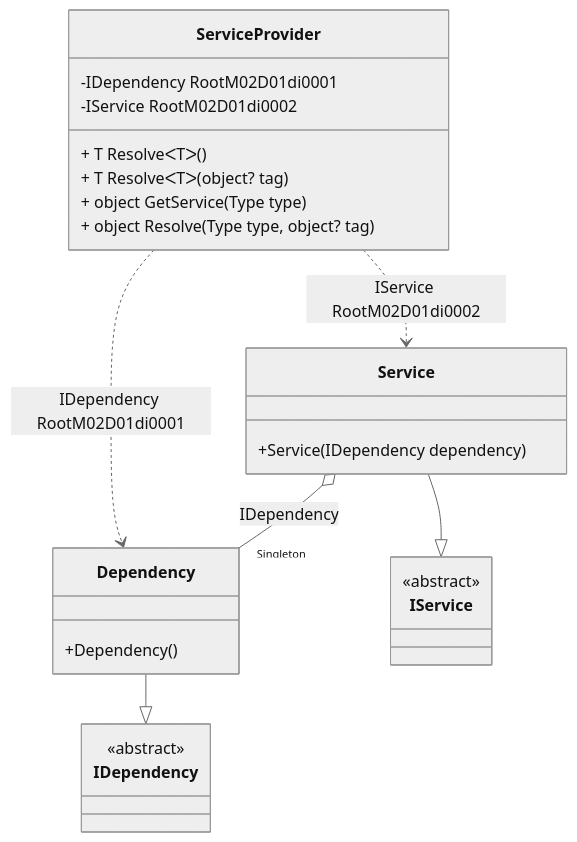
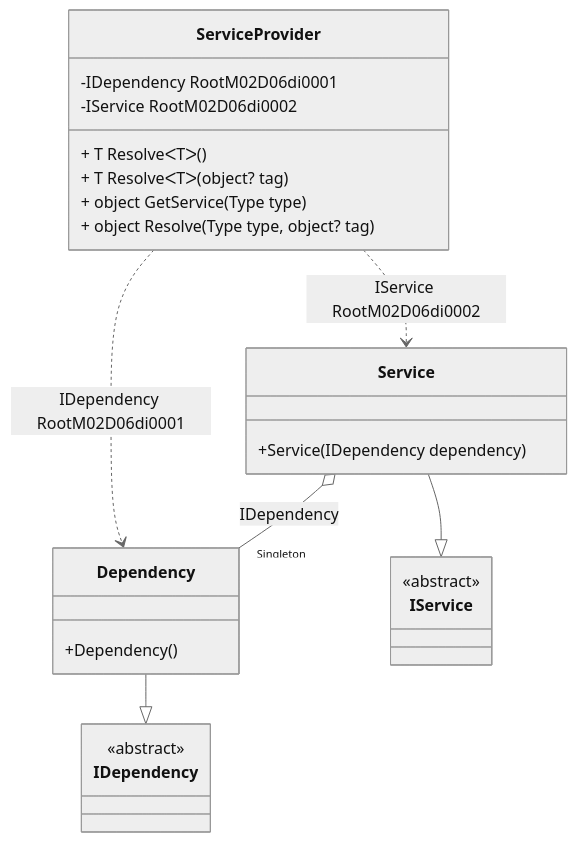
Before and after one commit to DevTeam/Pure.DI: the diagram in readme/service-provider.md, drawn with Mermaid (neutral theme). The commit also changed other lines of this file and 78 other files, not shown here.

````diff
--- a/readme/service-provider.md
+++ b/readme/service-provider.md
@@ -46,28 +46,28 @@
 ```mermaid
 classDiagram
   class ServiceProvider {
-    -IDependency RootM02D01di0001
-    -IService RootM02D01di0002
+    -IDependency RootM02D06di0001
+    -IService RootM02D06di0002
     + T ResolveᐸTᐳ()
     + T ResolveᐸTᐳ(object? tag)
     + object GetService(Type type)
     + object Resolve(Type type, object? tag)
   }
   Dependency --|> IDependency : 
   class Dependency {
     +Dependency()
   }
   Service --|> IService : 
   class Service {
     +Service(IDependency dependency)
   }
   class IDependency {
     <<abstract>>
   }
   class IService {
     <<abstract>>
   }
   Service o--  "Singleton" Dependency : IDependency
-  ServiceProvider ..> Dependency : IDependency RootM02D01di0001
-  ServiceProvider ..> Service : IService RootM02D01di0002
+  ServiceProvider ..> Dependency : IDependency RootM02D06di0001
+  ServiceProvider ..> Service : IService RootM02D06di0002
 ```
````
